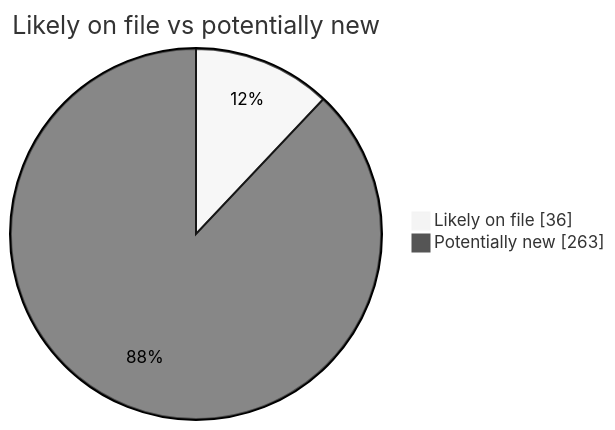
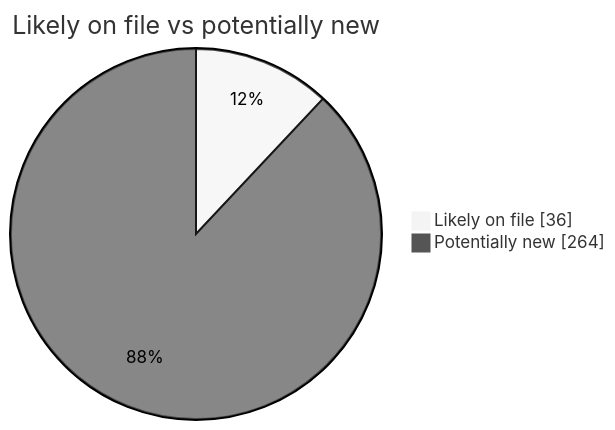
The second of 4 diagrams in README.md (martinbalfanz/social-scanner-reports), drawn with Mermaid (neutral theme) before and after one commit. The commit also changed other lines of this file and 2 other files, not shown here.

````diff
--- a/README.md
+++ b/README.md
@@ -40,5 +40,5 @@
 ```mermaid
 pie showData title Likely on file vs potentially new
     "Likely on file" : 36
-    "Potentially new" : 263
+    "Potentially new" : 264
 ```
````
